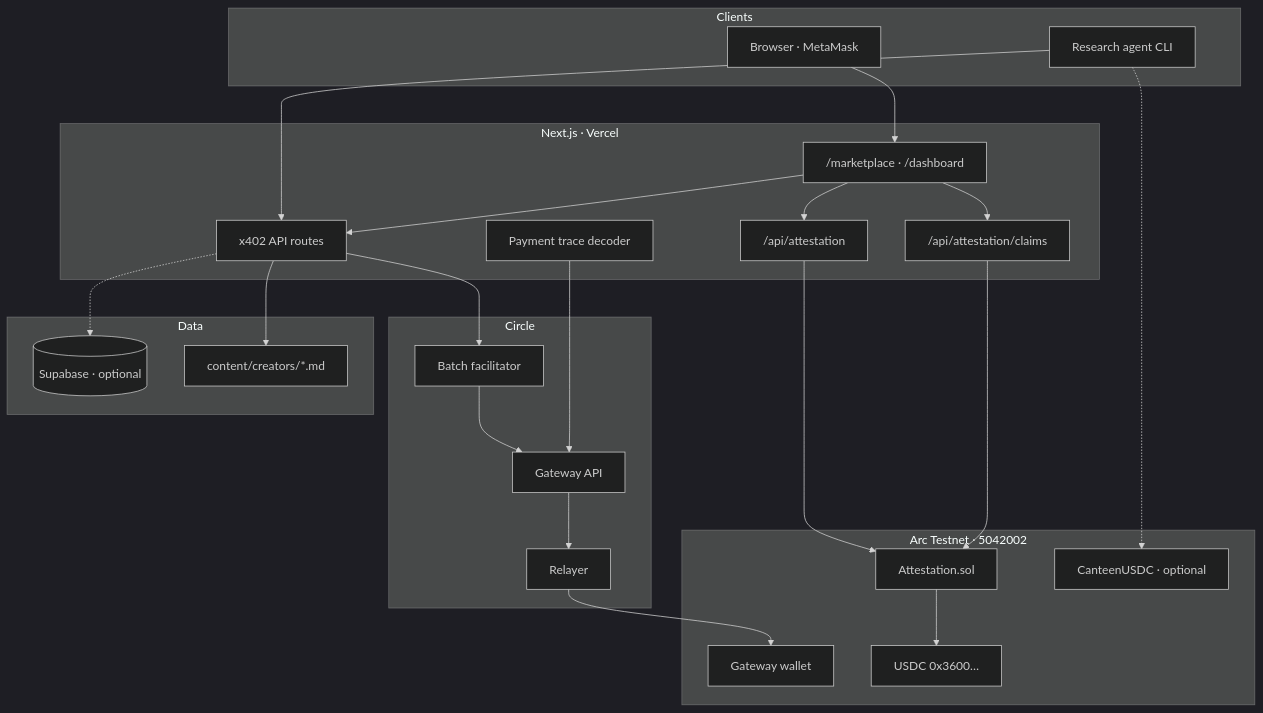
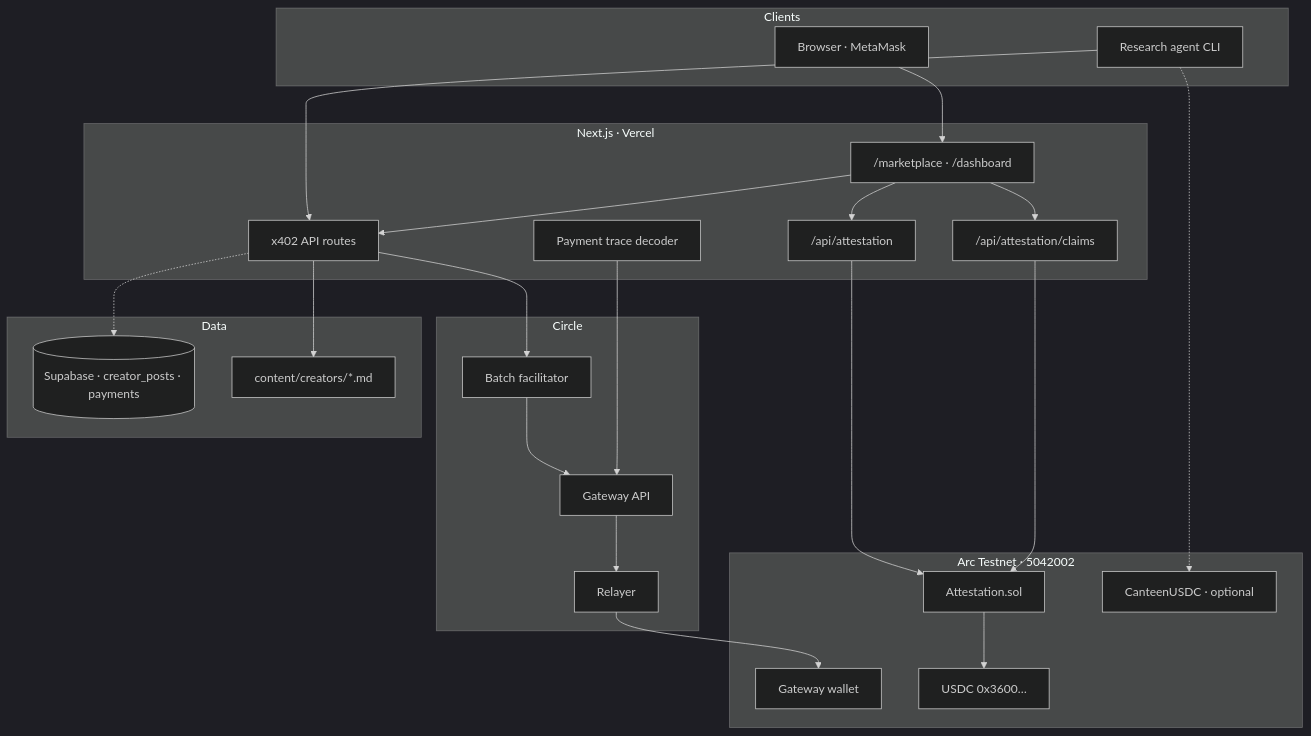
Before and after one commit to rudazy/citation-agent: the first of 3 diagrams in README.md, drawn with Mermaid (dark theme). The commit also changed other lines of this file and 34 other files, not shown here.

````diff
--- a/README.md
+++ b/README.md
@@ -30,48 +32,48 @@
 ```mermaid
 flowchart TB
   subgraph Clients
     Browser["Browser · MetaMask"]
     AgentCLI["Research agent CLI"]
   end
 
   subgraph App["Next.js · Vercel"]
     Pages["/marketplace · /dashboard"]
     X402["x402 API routes"]
     AttestAPI["/api/attestation"]
     ClaimsAPI["/api/attestation/claims"]
     Trace["Payment trace decoder"]
   end
 
   subgraph Circle
     Facilitator["Batch facilitator"]
     GatewayAPI["Gateway API"]
     Relayer["Relayer"]
   end
 
   subgraph Arc["Arc Testnet · 5042002"]
     Gateway["Gateway wallet"]
     USDC["USDC 0x3600…"]
     Attestation["Attestation.sol"]
     Canteen["CanteenUSDC · optional"]
   end
 
   subgraph Data
-    Supabase[("Supabase · optional")]
+    Supabase[("Supabase · creator_posts · payments")]
     Creators["content/creators/*.md"]
   end
 
   Browser --> Pages
   AgentCLI --> X402
   Pages --> X402
   Pages --> AttestAPI
   Pages --> ClaimsAPI
   X402 --> Facilitator
   Facilitator --> GatewayAPI --> Relayer --> Gateway
   AttestAPI --> Attestation
   Attestation --> USDC
   ClaimsAPI --> Attestation
   X402 --> Creators
   X402 -.-> Supabase
   Trace --> GatewayAPI
   AgentCLI -.-> Canteen
 ```
````
